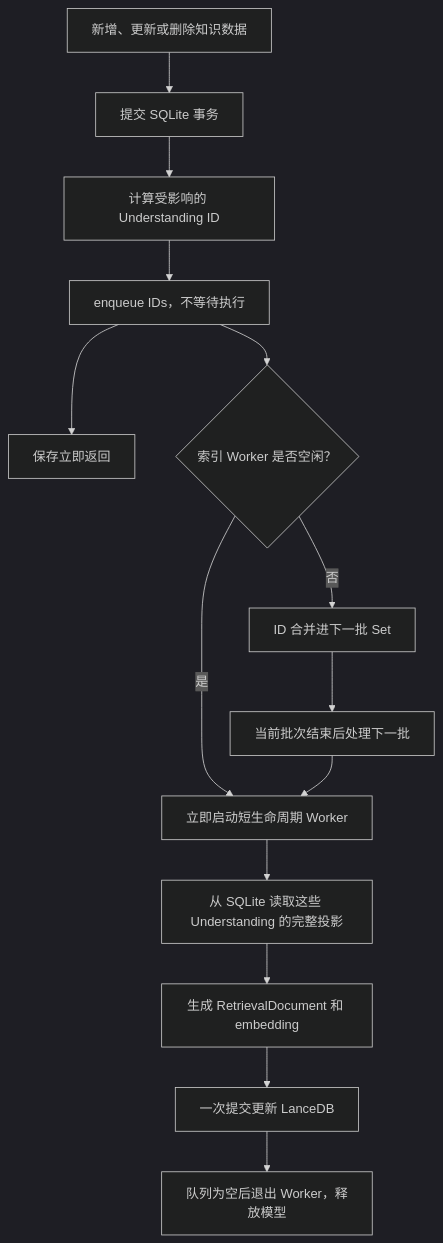
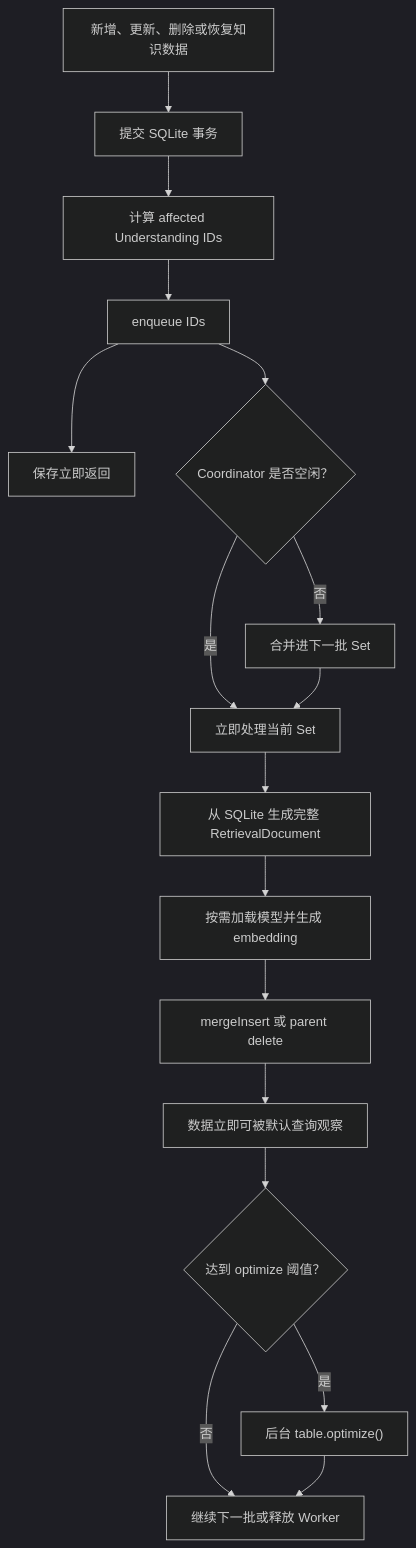
One commit to Floribunda1/reflecta changed the first of 2 diagrams in docs/iterations/v1.1.20/retrieval-index-sync.md. Above: the diagram before and after it, drawn with Mermaid (dark theme). The commit also changed other lines of this file, not shown here.

Commit message:
docs(retrieval): replace index synchronization design

````diff
--- a/docs/iterations/v1.1.20/retrieval-index-sync.md
+++ b/docs/iterations/v1.1.20/retrieval-index-sync.md
@@ -68,18 +230,21 @@
 ```mermaid
 flowchart TD
-    A["新增、更新或删除知识数据"] --> B["提交 SQLite 事务"]
-    B --> C["计算受影响的 Understanding ID"]
-    C --> D["enqueue IDs，不等待执行"]
+    A["新增、更新、删除或恢复知识数据"] --> B["提交 SQLite 事务"]
+    B --> C["计算 affected Understanding IDs"]
+    C --> D["enqueue IDs"]
     D --> E["保存立即返回"]
 
-    D --> F{"索引 Worker 是否空闲？"}
-    F -->|"是"| G["立即启动短生命周期 Worker"]
-    F -->|"否"| H["ID 合并进下一批 Set"]
-    H --> I["当前批次结束后处理下一批"]
-    I --> G
+    D --> F{"Coordinator 是否空闲？"}
+    F -->|"是"| G["立即处理当前 Set"]
+    F -->|"否"| H["合并进下一批 Set"]
+    H --> G
 
-    G --> J["从 SQLite 读取这些 Understanding 的完整投影"]
-    J --> K["生成 RetrievalDocument 和 embedding"]
-    K --> L["一次提交更新 LanceDB"]
-    L --> M["队列为空后退出 Worker，释放模型"]
+    G --> I["从 SQLite 生成完整 RetrievalDocument"]
+    I --> J["按需加载模型并生成 embedding"]
+    J --> K["mergeInsert 或 parent delete"]
+    K --> L["数据立即可被默认查询观察"]
+    L --> M{"达到 optimize 阈值？"}
+    M -->|"否"| N["继续下一批或释放 Worker"]
+    M -->|"是"| O["后台 table.optimize()"]
+    O --> N
 ```
````
